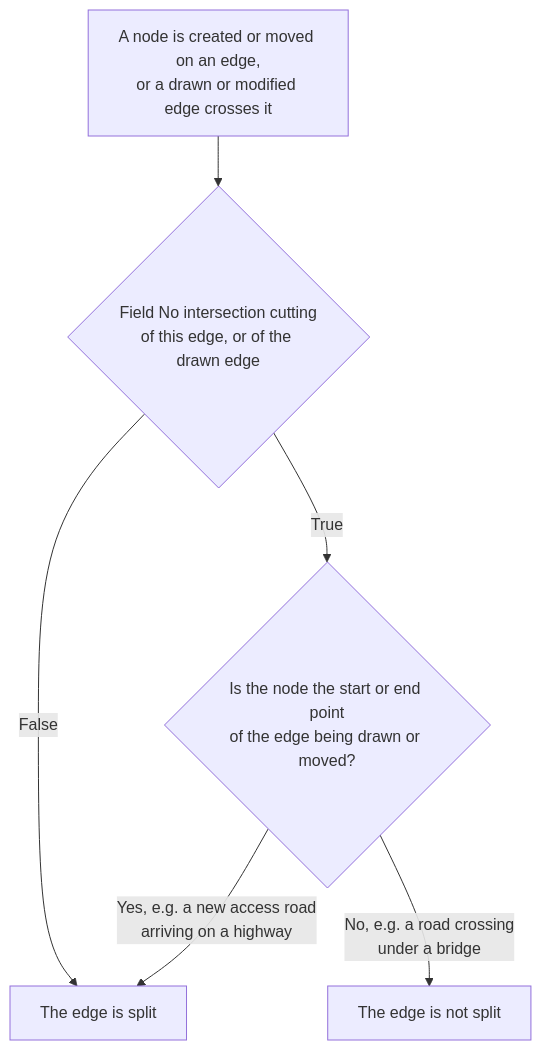
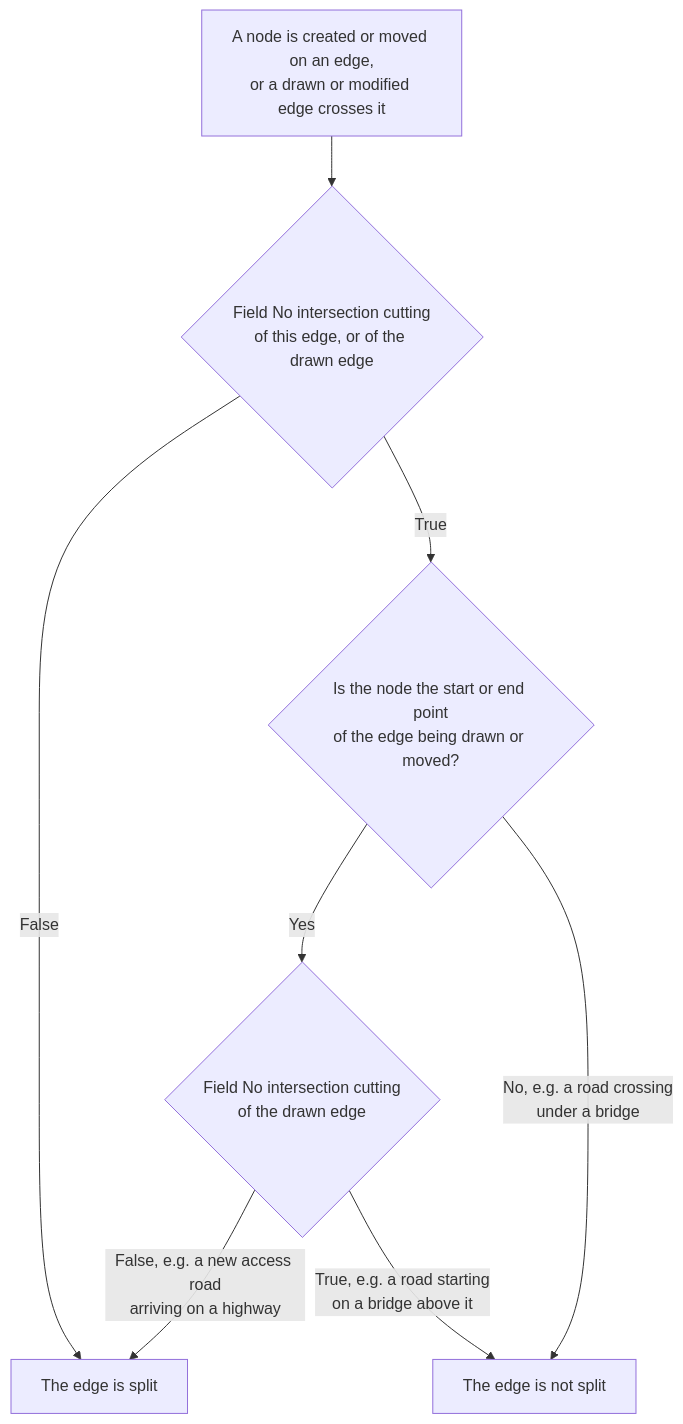
The diagram in docs/user-guide/graph-editing.md (3liz/qgis-road-network-plugin), drawn with Mermaid before and after one commit. The commit also changed other lines of this file and 10 other files, not shown here.

````diff
--- a/docs/user-guide/graph-editing.md
+++ b/docs/user-guide/graph-editing.md
@@ -192,8 +194,10 @@
 ```mermaid
 graph TD
     A[A node is created or moved on an edge,<br>or a drawn or modified edge crosses it] --> B{Field No intersection cutting<br>of this edge, or of the drawn edge}
     B -->|False| C[The edge is split]
     B -->|True| D{Is the node the start or end point<br>of the edge being drawn or moved?}
-    D -->|Yes, e.g. a new access road<br>arriving on a highway| C
+    D -->|Yes| F{Field No intersection cutting<br>of the drawn edge}
+    F -->|False, e.g. a new access road<br>arriving on a highway| C
+    F -->|True, e.g. a road starting<br>on a bridge above it| E
     D -->|No, e.g. a road crossing<br>under a bridge| E[The edge is not split]
 ```
````
